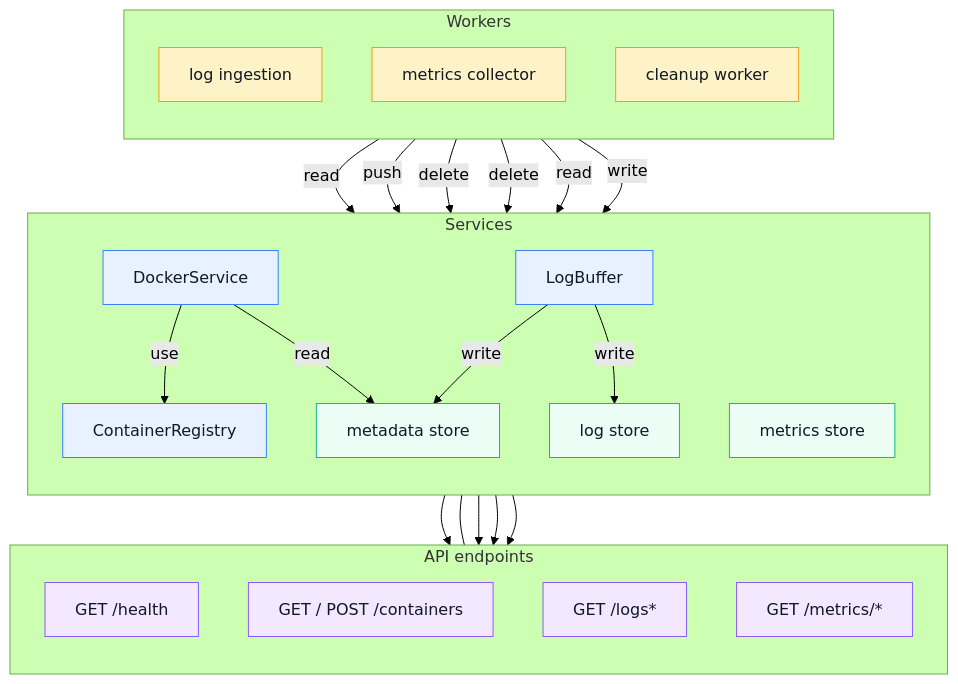
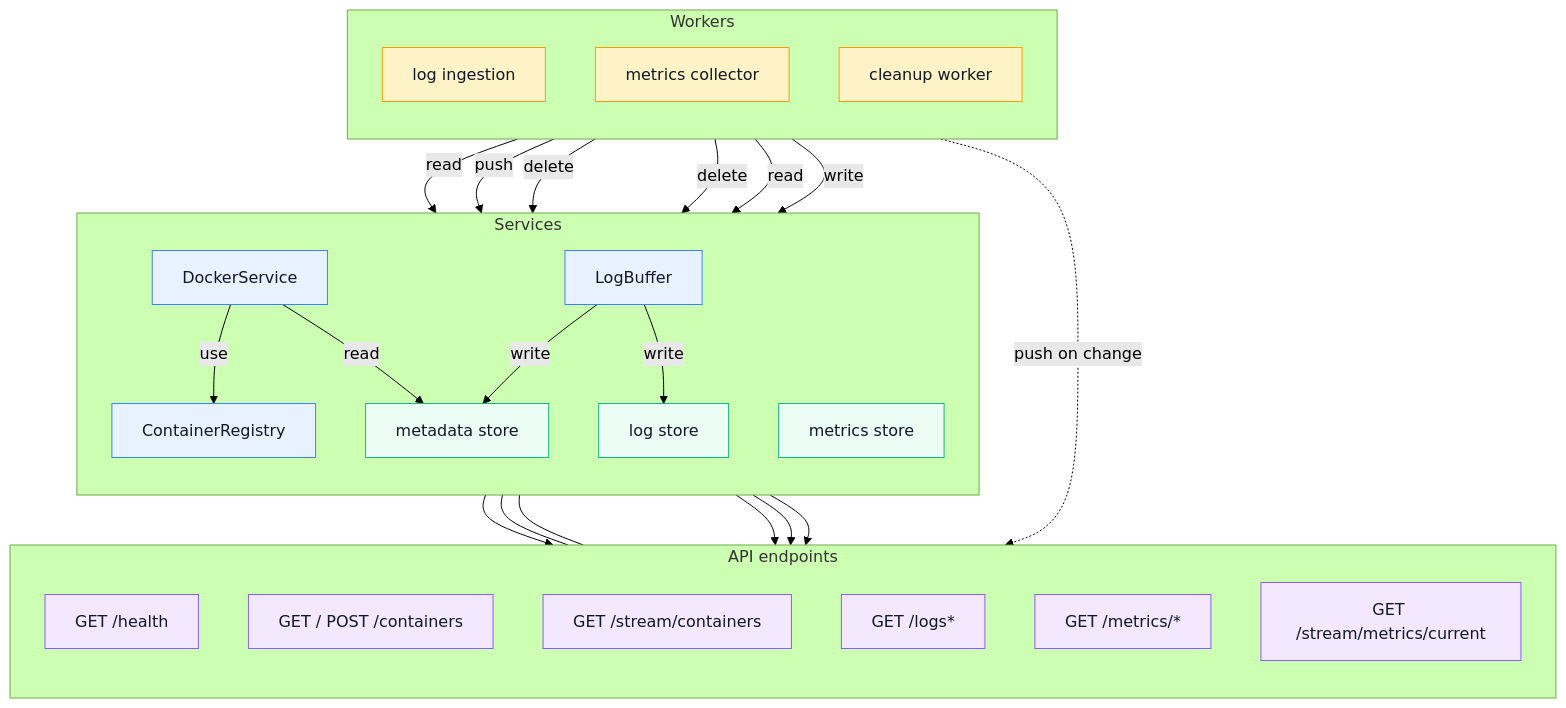
The first of 4 diagrams in docs/ARCHITECTURE.md (skvostik/vpsiner), drawn with Mermaid (forest theme) before and after one commit. The commit also changed other lines of this file and 12 other files, not shown here.

````diff
--- a/docs/ARCHITECTURE.md
+++ b/docs/ARCHITECTURE.md
@@ -13,57 +13,61 @@
 ```mermaid
 flowchart TB
     subgraph Left[Workers]
         direction TB
         LogIngest[log ingestion]
         MetricsCollector[metrics collector]
         Retention[cleanup worker]
     end
 
     subgraph Middle[Services]
         direction TB
         Docker[DockerService]
         Registry[ContainerRegistry]
         Metadata[metadata store]
         LogBuffer[LogBuffer]
         LogStore[log store]
         MetricsStore[metrics store]
     end
 
     subgraph Right[API endpoints]
         direction TB
         Health[GET /health]
         Containers[GET / POST /containers]
+        ContainersStream[GET /stream/containers]
         Logs[GET /logs*]
         Metrics[GET /metrics/*]
+        MetricsStream[GET /stream/metrics/current]
     end
 
     LogIngest -->|read| Docker
     LogIngest -->|push| LogBuffer
     LogBuffer -->|write| Metadata
     LogBuffer -->|write| LogStore
 
     Docker -->|use| Registry
     Docker -->|read| Metadata
 
     Retention -->|delete| MetricsStore
     Retention -->|delete| LogStore
 
     Docker --> Health
     Docker --- Containers
+    Docker --- ContainersStream
     LogStore --> Logs
     Metadata --> Logs
     MetricsStore --> Metrics
+    MetricsCollector -.->|push on change| MetricsStream
 
     MetricsCollector -->|read| Docker
     MetricsCollector -->|write| MetricsStore
 
     classDef worker fill:#fef3c7,stroke:#f59e0b,stroke-width:1px,color:#111827;
     classDef service fill:#e8f1ff,stroke:#3b82f6,stroke-width:1px,color:#111827;
     classDef store fill:#ecfdf5,stroke:#10b981,stroke-width:1px,color:#111827;
     classDef api fill:#f3e8ff,stroke:#8b5cf6,stroke-width:1px,color:#111827;
 
     class MetricsCollector,LogIngest,Retention worker;
     class Docker,Registry,LogBuffer service;
     class MetricsStore,LogStore,Metadata store;
-    class Health,Containers,Metrics,Logs api;
+    class Health,Containers,ContainersStream,Metrics,MetricsStream,Logs api;
 ```
````
